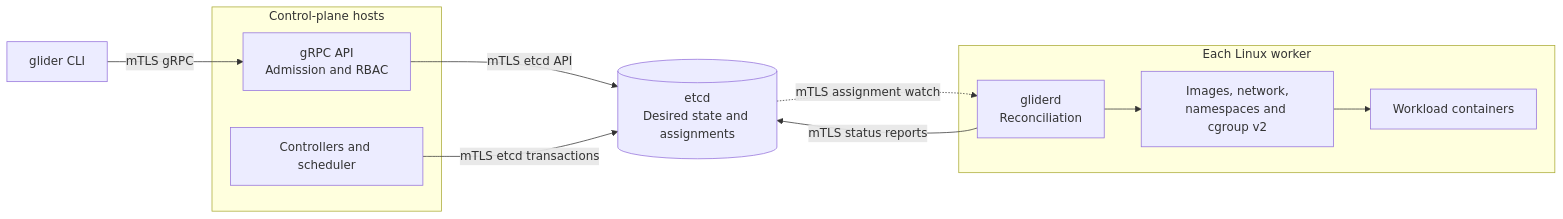
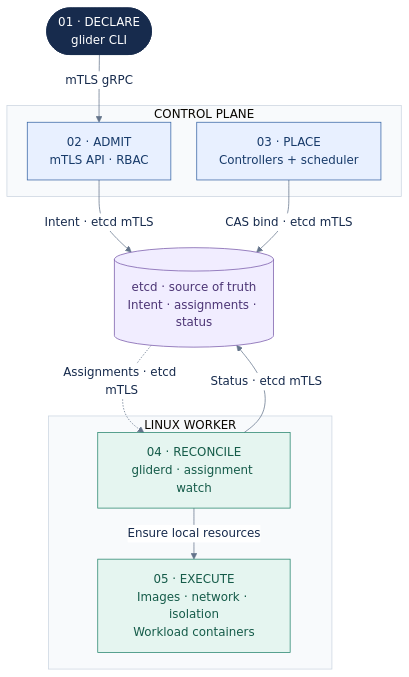
One commit to santinomarial/Glider changed the diagram in README.md. Above: the diagram before and after it, drawn with Mermaid. The commit also changed other lines of this file and 10 other files, not shown here.

Commit message:
Clarify architecture diagrams and add presentation exports

````diff
--- a/README.md
+++ b/README.md
@@ -70,21 +70,26 @@
 ```mermaid
-flowchart LR
-    cli["glider CLI"]
-    subgraph control["Control-plane hosts"]
-        api["gRPC API<br/>Admission and RBAC"]
-        controllers["Controllers and scheduler"]
+%%{init: {"theme":"base","themeVariables":{"fontFamily":"Arial, sans-serif","fontSize":"16px","lineColor":"#64748b","primaryTextColor":"#172b4d","edgeLabelBackground":"#ffffff","clusterBkg":"#f8fafc","clusterBorder":"#cbd5e1"},"flowchart":{"curve":"basis","nodeSpacing":35,"rankSpacing":45}}}%%
+flowchart TB
+    accTitle: Glider — from desired state to running containers
+    accDescr: The CLI submits intent to the API. Controllers schedule through etcd. Workers watch assignments and reconcile Linux containers, reporting observed status back to etcd.
+    cli(["01 · DECLARE<br/>glider CLI"]):::person
+    subgraph control["CONTROL PLANE"]
+        api["02 · ADMIT<br/>mTLS API · RBAC"]:::control
+        loops["03 · PLACE<br/>Controllers + scheduler"]:::control
     end
-    etcd[("etcd<br/>Desired state and assignments")]
-    subgraph worker["Each Linux worker"]
-        agent["gliderd<br/>Reconciliation"]
-        runtime["Images, network,<br/>namespaces and cgroup v2"]
-        tasks["Workload containers"]
+    store[("etcd · source of truth<br/>Intent · assignments · status")]:::store
+    subgraph node["LINUX WORKER"]
+        agent["04 · RECONCILE<br/>gliderd · assignment watch"]:::worker
+        tasks["05 · EXECUTE<br/>Images · network · isolation<br/>Workload containers"]:::worker
     end
     cli -->|"mTLS gRPC"| api
-    api -->|"mTLS etcd API"| etcd
-    controllers -->|"mTLS etcd transactions"| etcd
-    etcd -.->|"mTLS assignment watch"| agent
-    agent --> runtime
-    runtime --> tasks
-    agent -->|"mTLS status reports"| etcd
+    api -->|"Intent · etcd mTLS"| store
+    loops -->|"CAS bind · etcd mTLS"| store
+    store -.->|"Assignments · etcd mTLS"| agent
+    agent -->|"Ensure local resources"| tasks
+    agent -->|"Status · etcd mTLS"| store
+    classDef person fill:#172b4d,stroke:#172b4d,color:#ffffff
+    classDef control fill:#e8f0ff,stroke:#3563a4,color:#183b6a
+    classDef store fill:#f1edff,stroke:#7657a8,color:#4c3575
+    classDef worker fill:#e5f5f0,stroke:#23836b,color:#155b49
 ```
````
